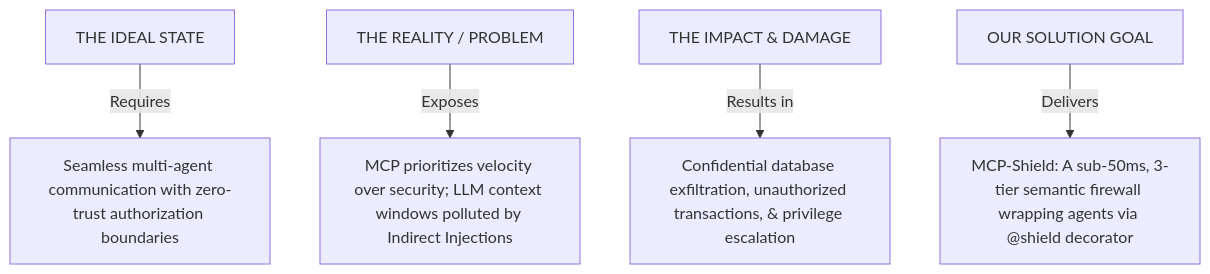
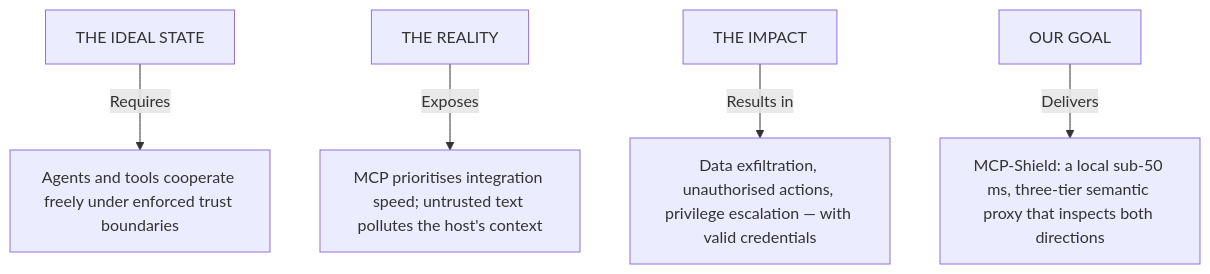
Before and after one commit to rishikeshvarma/MCP-Shield: the fourth of 10 diagrams in MCP-Shield Complete Presentation Script & Project Blueprint.md, drawn with Mermaid. The commit also changed other lines of this file and 10 other files, not shown here.

````diff
--- a/MCP-Shield Complete Presentation Script & Project Blueprint.md
+++ b/MCP-Shield Complete Presentation Script & Project Blueprint.md
@@ -151,7 +146,7 @@
 ```mermaid
 graph TD
-    P1["THE IDEAL STATE"] -->|Requires| P1_1["Seamless multi-agent communication with zero-trust authorization boundaries"]
-    P2["THE REALITY / PROBLEM"] -->|Exposes| P2_1["MCP prioritizes velocity over security; LLM context windows polluted by Indirect Injections"]
-    P3["THE IMPACT & DAMAGE"] -->|Results in| P3_1["Confidential database exfiltration, unauthorized transactions, & privilege escalation"]
-    P4["OUR SOLUTION GOAL"] -->|Delivers| P4_1["MCP-Shield: A sub-50ms, 3-tier semantic firewall wrapping agents via @shield decorator"]
+    P1["THE IDEAL STATE"] -->|Requires| P1_1["Agents and tools cooperate freely under enforced trust boundaries"]
+    P2["THE REALITY"] -->|Exposes| P2_1["MCP prioritises integration speed; untrusted text pollutes the host's context"]
+    P3["THE IMPACT"] -->|Results in| P3_1["Data exfiltration, unauthorised actions, privilege escalation — with valid credentials"]
+    P4["OUR GOAL"] -->|Delivers| P4_1["MCP-Shield: a local sub-50 ms, three-tier semantic proxy that inspects both directions"]
 ```
````
